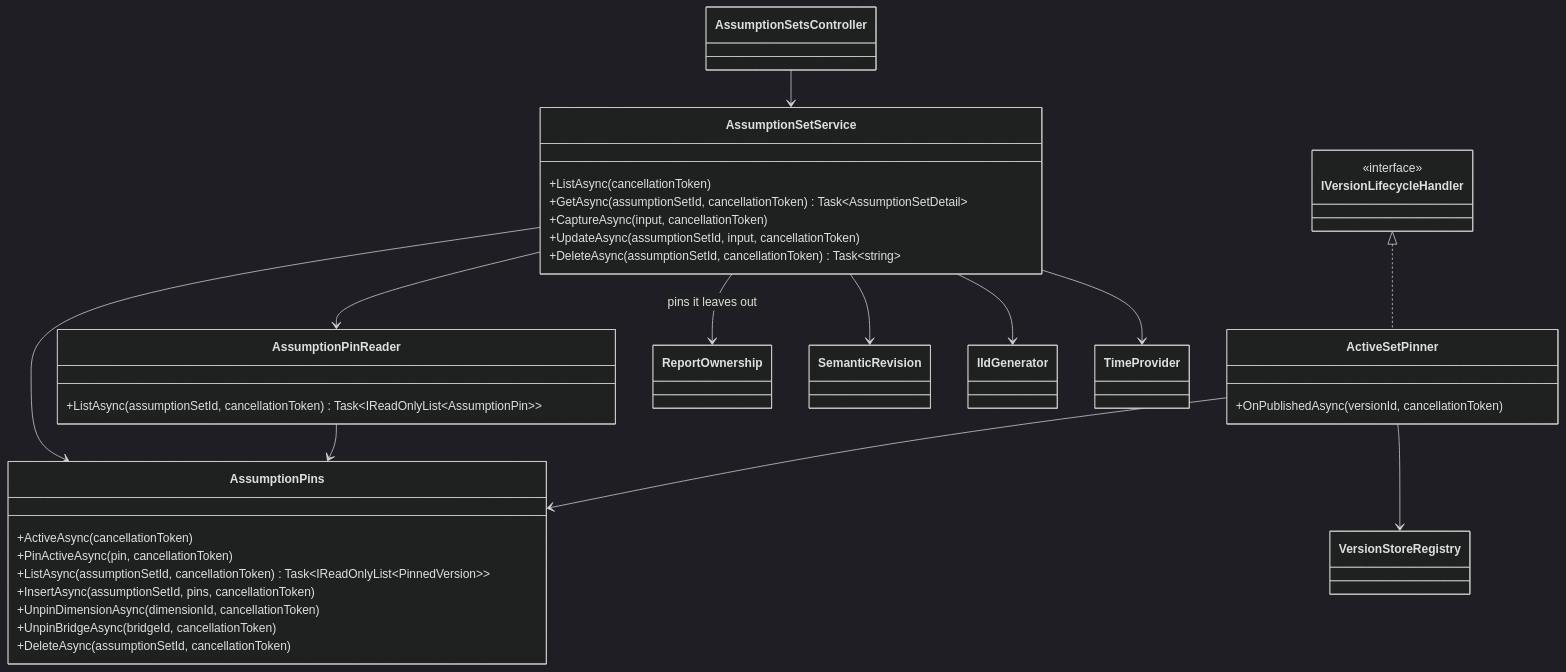
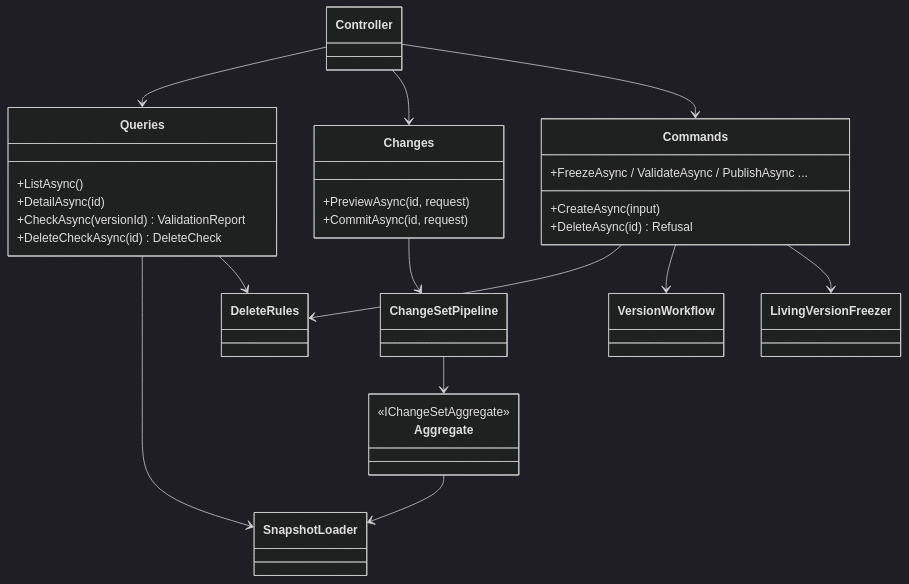
One commit to chrisaliotta/Quantalytix.QueryEngine.Admin changed the diagram in api/docs/architecture/05-feature-classes.md. Above: the diagram before and after it, drawn with Mermaid (dark theme). The commit also changed other lines of this file and 7 other files, not shown here.

Commit message:
Rewrite the API README and architecture docs for the change-set API

````diff
--- a/api/docs/architecture/05-feature-classes.md
+++ b/api/docs/architecture/05-feature-classes.md
@@ -650,41 +13,35 @@
 ```mermaid
 classDiagram
-    direction TB
-    class AssumptionSetsController
-    class AssumptionSetService {
-        +ListAsync(cancellationToken)
-        +GetAsync(assumptionSetId, cancellationToken) Task~AssumptionSetDetail~
-        +CaptureAsync(input, cancellationToken)
-        +UpdateAsync(assumptionSetId, input, cancellationToken)
-        +DeleteAsync(assumptionSetId, cancellationToken) Task~string~
+    class Controller
+    class Queries {
+        +ListAsync()
+        +DetailAsync(id)
+        +CheckAsync(versionId) ValidationReport
+        +DeleteCheckAsync(id) DeleteCheck
     }
-    class AssumptionPins {
-        +ActiveAsync(cancellationToken)
-        +PinActiveAsync(pin, cancellationToken)
-        +ListAsync(assumptionSetId, cancellationToken) Task~IReadOnlyList~PinnedVersion~~
-        +InsertAsync(assumptionSetId, pins, cancellationToken)
-        +UnpinDimensionAsync(dimensionId, cancellationToken)
-        +UnpinBridgeAsync(bridgeId, cancellationToken)
-        +DeleteAsync(assumptionSetId, cancellationToken)
+    class Changes {
+        +PreviewAsync(id, request)
+        +CommitAsync(id, request)
     }
-    class AssumptionPinReader {
-        +ListAsync(assumptionSetId, cancellationToken) Task~IReadOnlyList~AssumptionPin~~
+    class Commands {
+        +CreateAsync(input)
+        +DeleteAsync(id) Refusal
+        +FreezeAsync / ValidateAsync / PublishAsync ...
     }
-    class ActiveSetPinner {
-        +OnPublishedAsync(versionId, cancellationToken)
+    class Aggregate {
+        <<IChangeSetAggregate>>
     }
-    class IVersionLifecycleHandler {
-        <<interface>>
-    }
-    AssumptionSetsController --> AssumptionSetService
-    AssumptionSetService --> AssumptionPins
-    AssumptionSetService --> AssumptionPinReader
-    AssumptionSetService --> ReportOwnership : pins it leaves out
-    AssumptionSetService --> SemanticRevision
-    AssumptionSetService --> IIdGenerator
-    AssumptionSetService --> TimeProvider
-    AssumptionPinReader --> AssumptionPins
-    IVersionLifecycleHandler <|.. ActiveSetPinner
-    ActiveSetPinner --> AssumptionPins
-    ActiveSetPinner --> VersionStoreRegistry
+    class SnapshotLoader
+    class DeleteRules
+    Controller --> Queries
+    Controller --> Changes
+    Controller --> Commands
+    Changes --> ChangeSetPipeline
+    ChangeSetPipeline --> Aggregate
+    Aggregate --> SnapshotLoader
+    Queries --> SnapshotLoader
+    Queries --> DeleteRules
+    Commands --> DeleteRules
+    Commands --> VersionWorkflow
+    Commands --> LivingVersionFreezer
 ```
````
